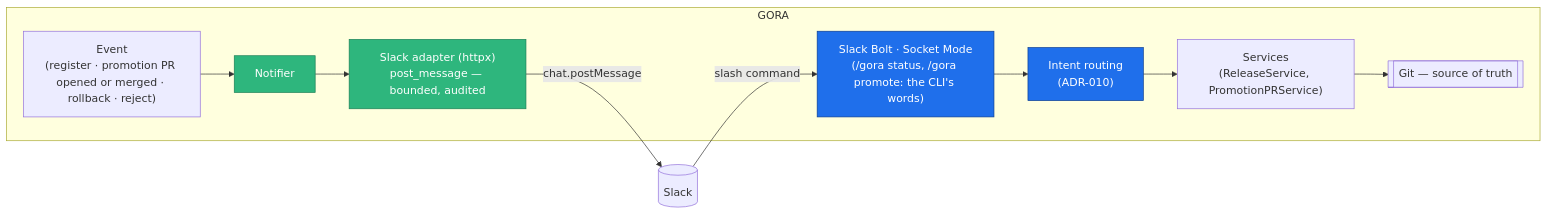
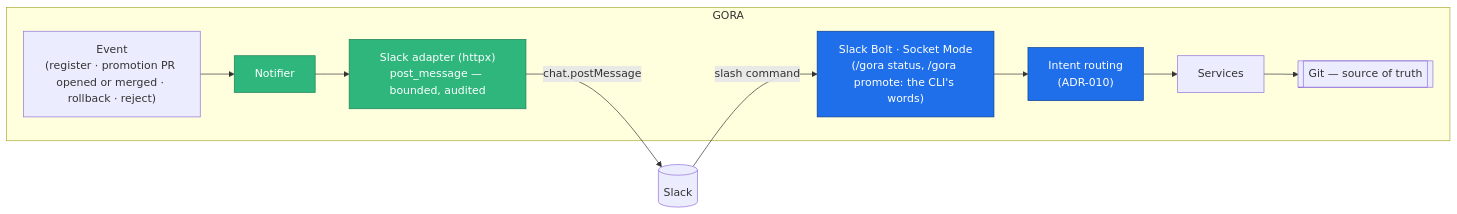
The diagram in docs/diagrams/slack-flow.mermaid (gora-tools/gora), drawn with Mermaid before and after one commit. The commit also changed 69 other files, not shown here.

```diff
--- a/docs/diagrams/slack-flow.mermaid
+++ b/docs/diagrams/slack-flow.mermaid
@@ -1,16 +1,16 @@
 flowchart LR
     subgraph GORA["GORA"]
         ev["Event<br/>(register · promotion PR opened or merged · rollback · reject)"] --> notifier["Notifier"]
         notifier --> sa["Slack adapter (httpx)<br/>post_message — bounded, audited"]
         bolt["Slack Bolt · Socket Mode<br/>(/gora status, /gora promote: the CLI's words)"] --> router["Intent routing<br/>(ADR-010)"]
-        router --> services["Services<br/>(ReleaseService, PromotionPRService)"]
+        router --> services["Services"]
         services --> git[["Git — source of truth"]]
     end
 
     sa -- "chat.postMessage" --> slack[(Slack)]
     slack -- "slash command" --> bolt
 
     classDef out fill:#2eb67d,stroke:#1a7f56,color:#fff;
     classDef in fill:#1f6feb,stroke:#0b3d91,color:#fff;
     class sa,notifier out;
     class bolt,router in;
```
